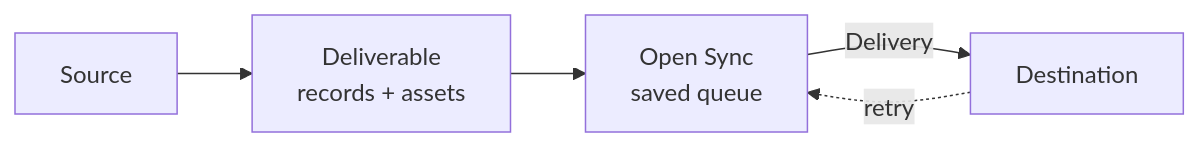
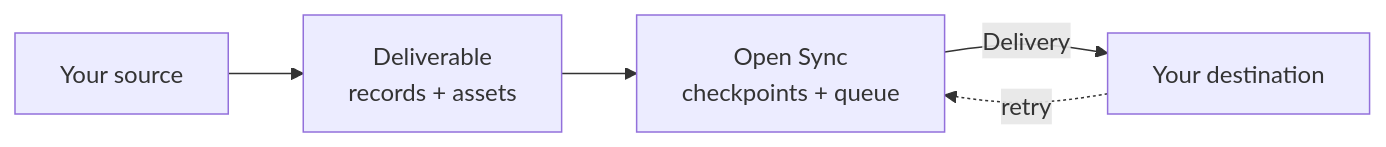
Before and after one commit to massimoalbarello/open-sync: the diagram in README.md, drawn with Mermaid. The commit also changed other lines of this file, not shown here.

Commit message:
docs: emphasize the embeddable sync engine

````diff
--- a/README.md
+++ b/README.md
@@ -16,7 +22,7 @@
 ```mermaid
 flowchart LR
-    S[Source] --> B["Deliverable<br/>records + assets"]
-    B --> Q["Open Sync<br/>saved queue"]
-    Q -->|Delivery| D[Destination]
+    S[Your source] --> B["Deliverable<br/>records + assets"]
+    B --> Q["Open Sync<br/>checkpoints + queue"]
+    Q -->|Delivery| D[Your destination]
     D -. retry .-> Q
 ```
````
